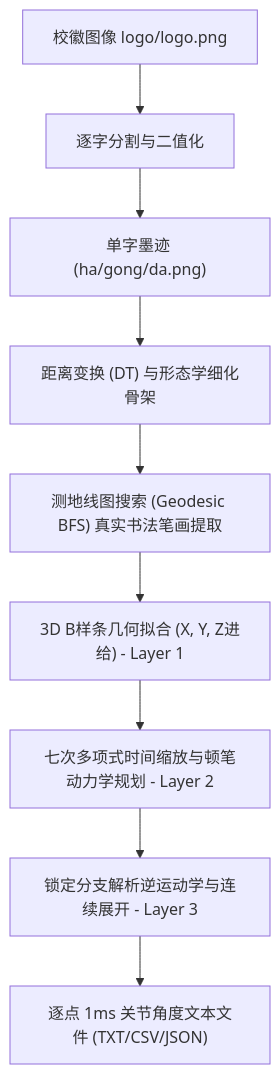
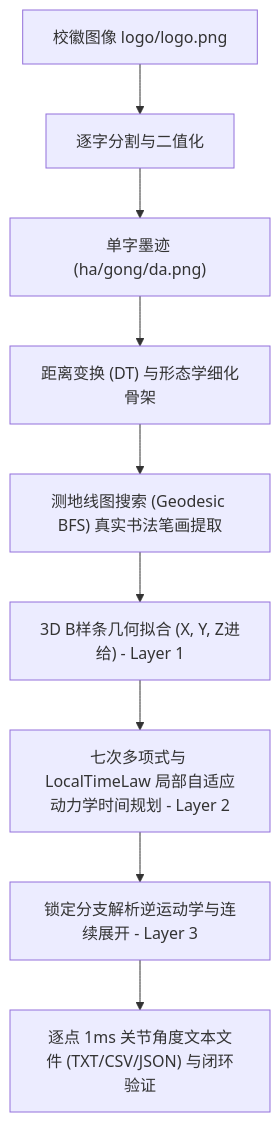
The diagram in doc/IMPLEMENTATION.md (F1sh-Fang/robotics-coursework), drawn with Mermaid before and after one commit. The commit also changed other lines of this file and 11 other files, not shown here.

````diff
--- a/doc/IMPLEMENTATION.md
+++ b/doc/IMPLEMENTATION.md
@@ -11,11 +11,11 @@
 ```mermaid
 flowchart TD
     A["校徽图像 logo/logo.png"] --> B["逐字分割与二值化"]
     B --> C["单字墨迹 (ha/gong/da.png)"]
     C --> D["距离变换 (DT) 与形态学细化骨架"]
     D --> E["测地线图搜索 (Geodesic BFS) 真实书法笔画提取"]
     E --> F["3D B样条几何拟合 (X, Y, Z进给) - Layer 1"]
-    F --> G["七次多项式时间缩放与顿笔动力学规划 - Layer 2"]
+    F --> G["七次多项式与 LocalTimeLaw 局部自适应动力学时间规划 - Layer 2"]
     G --> H["锁定分支解析逆运动学与连续展开 - Layer 3"]
-    H --> I["逐点 1ms 关节角度文本文件 (TXT/CSV/JSON)"]
+    H --> I["逐点 1ms 关节角度文本文件 (TXT/CSV/JSON) 与闭环验证"]
 ```
````
